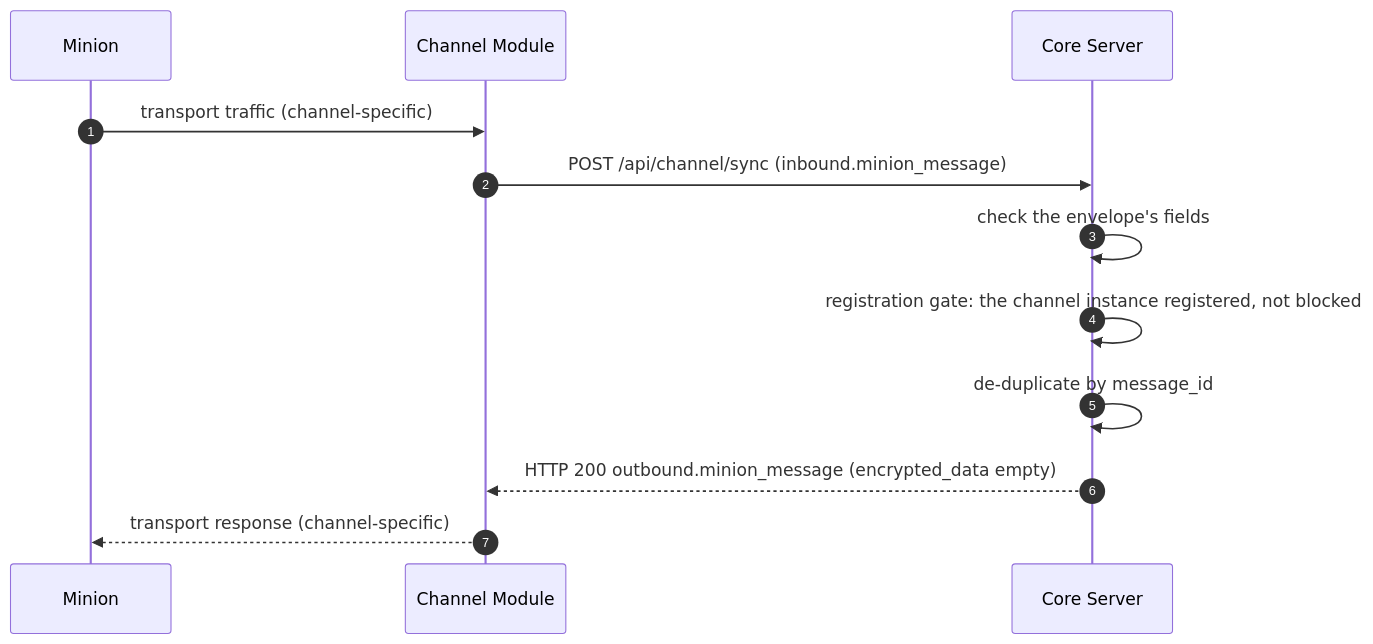
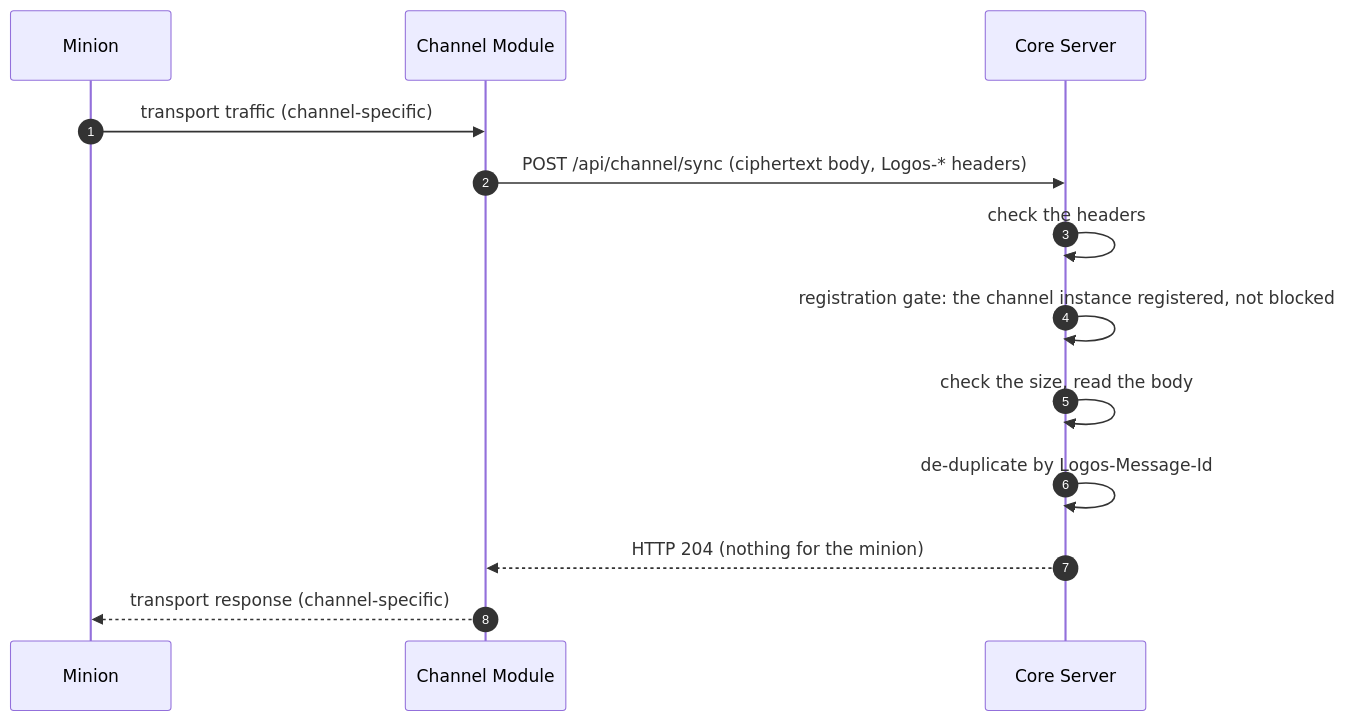
The second of 3 diagrams in src/content/docs/message-flow-full.md (LogosCore/logos-docs), drawn with Mermaid before and after one commit. The commit also changed other lines of this file and 8 other files, not shown here.

First line of the commit message:
HTTP sync: the raw-body contract replaces the JSON envelope across the docs

````diff
--- a/src/content/docs/message-flow-full.md
+++ b/src/content/docs/message-flow-full.md
@@ -40,15 +40,16 @@
 ```mermaid
 sequenceDiagram
     autonumber
     participant I as Minion
     participant CH as Channel Module
     participant CS as Core Server
 
     I->>CH: transport traffic (channel-specific)
-    CH->>CS: POST /api/channel/sync (inbound.minion_message)
-    CS->>CS: check the envelope's fields
+    CH->>CS: POST /api/channel/sync (ciphertext body, Logos-* headers)
+    CS->>CS: check the headers
     CS->>CS: registration gate: the channel instance registered, not blocked
-    CS->>CS: de-duplicate by message_id
-    CS-->>CH: HTTP 200 outbound.minion_message (encrypted_data empty)
+    CS->>CS: check the size, read the body
+    CS->>CS: de-duplicate by Logos-Message-Id
+    CS-->>CH: HTTP 204 (nothing for the minion)
     CH-->>I: transport response (channel-specific)
 ```
````
